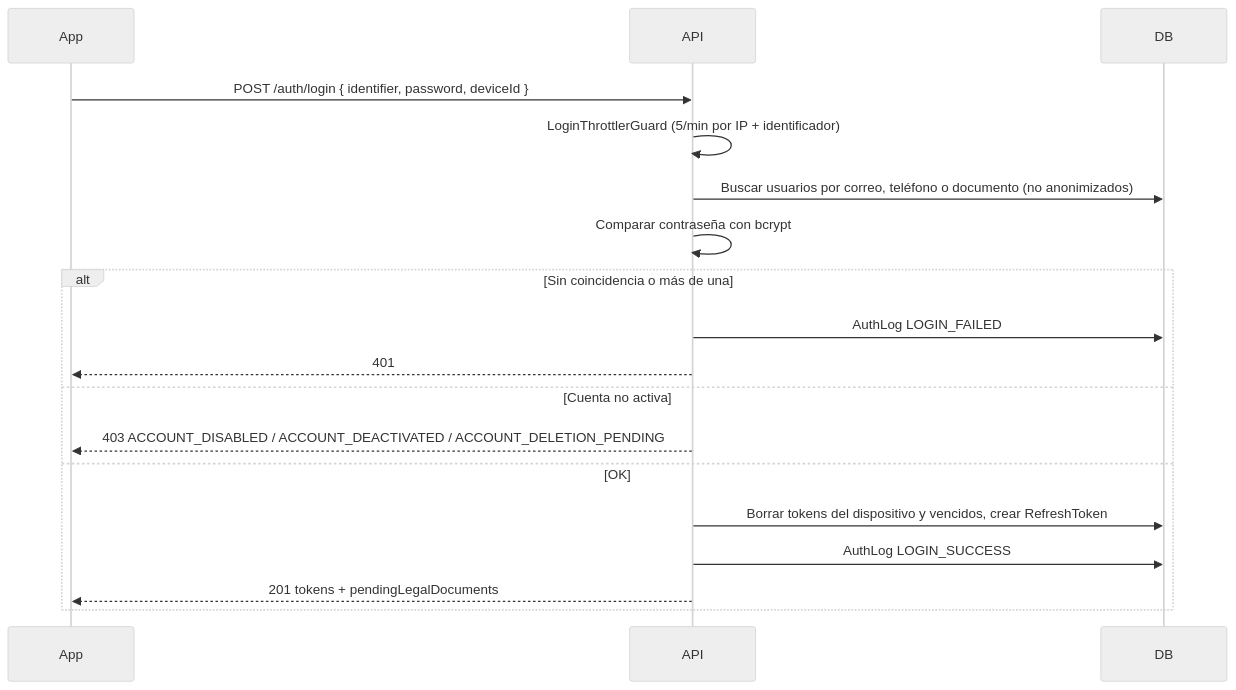
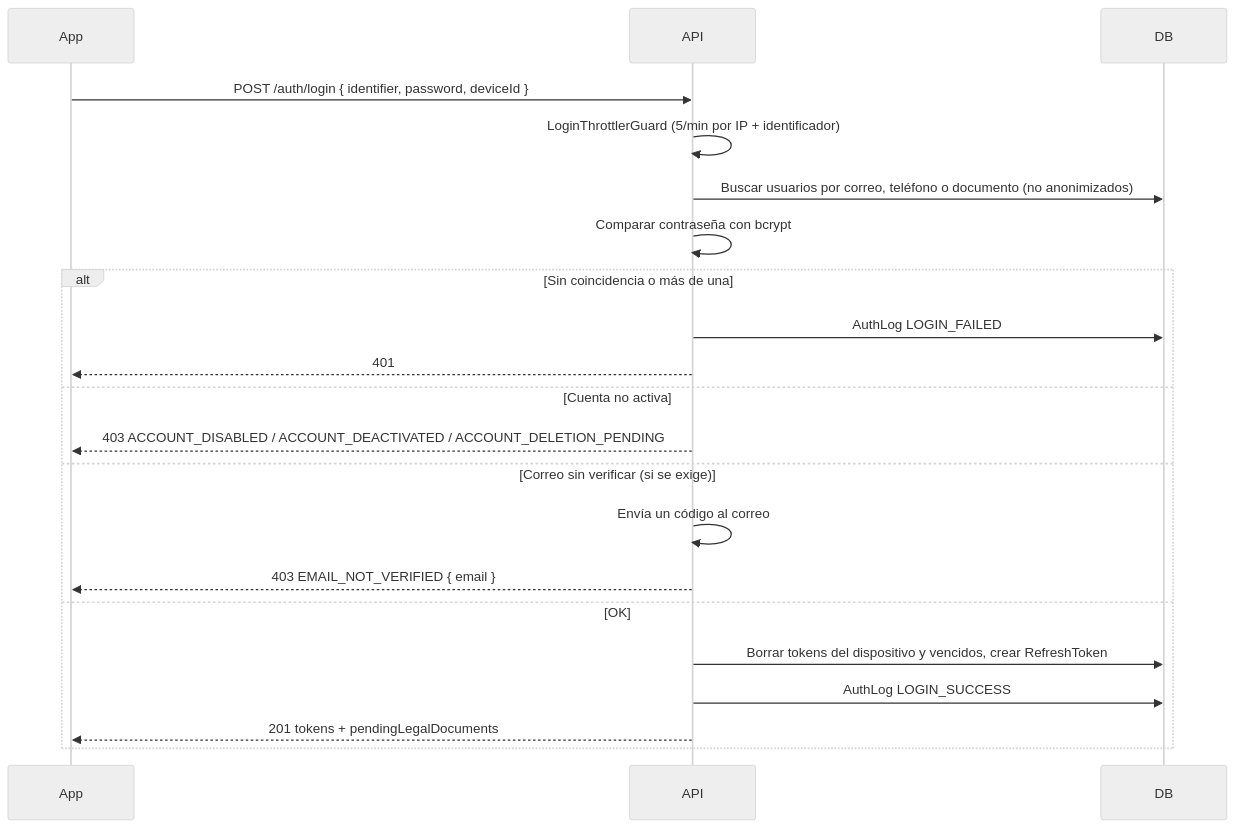
Before and after one commit to Carbal23/appuntao-backend: the first of 2 diagrams in docs/modulos/auth.md, drawn with Mermaid (neutral theme). The commit also changed other lines of this file and 65 other files, not shown here.

````diff
--- a/docs/modulos/auth.md
+++ b/docs/modulos/auth.md
@@ -79,20 +79,23 @@
 ```mermaid
 sequenceDiagram
     participant App
     participant API
     participant DB
     App->>API: POST /auth/login { identifier, password, deviceId }
     API->>API: LoginThrottlerGuard (5/min por IP + identificador)
     API->>DB: Buscar usuarios por correo, teléfono o documento (no anonimizados)
     API->>API: Comparar contraseña con bcrypt
     alt Sin coincidencia o más de una
         API->>DB: AuthLog LOGIN_FAILED
         API-->>App: 401
     else Cuenta no activa
         API-->>App: 403 ACCOUNT_DISABLED / ACCOUNT_DEACTIVATED / ACCOUNT_DELETION_PENDING
+    else Correo sin verificar (si se exige)
+        API->>API: Envía un código al correo
+        API-->>App: 403 EMAIL_NOT_VERIFIED { email }
     else OK
         API->>DB: Borrar tokens del dispositivo y vencidos, crear RefreshToken
         API->>DB: AuthLog LOGIN_SUCCESS
         API-->>App: 201 tokens + pendingLegalDocuments
     end
 ```
````
